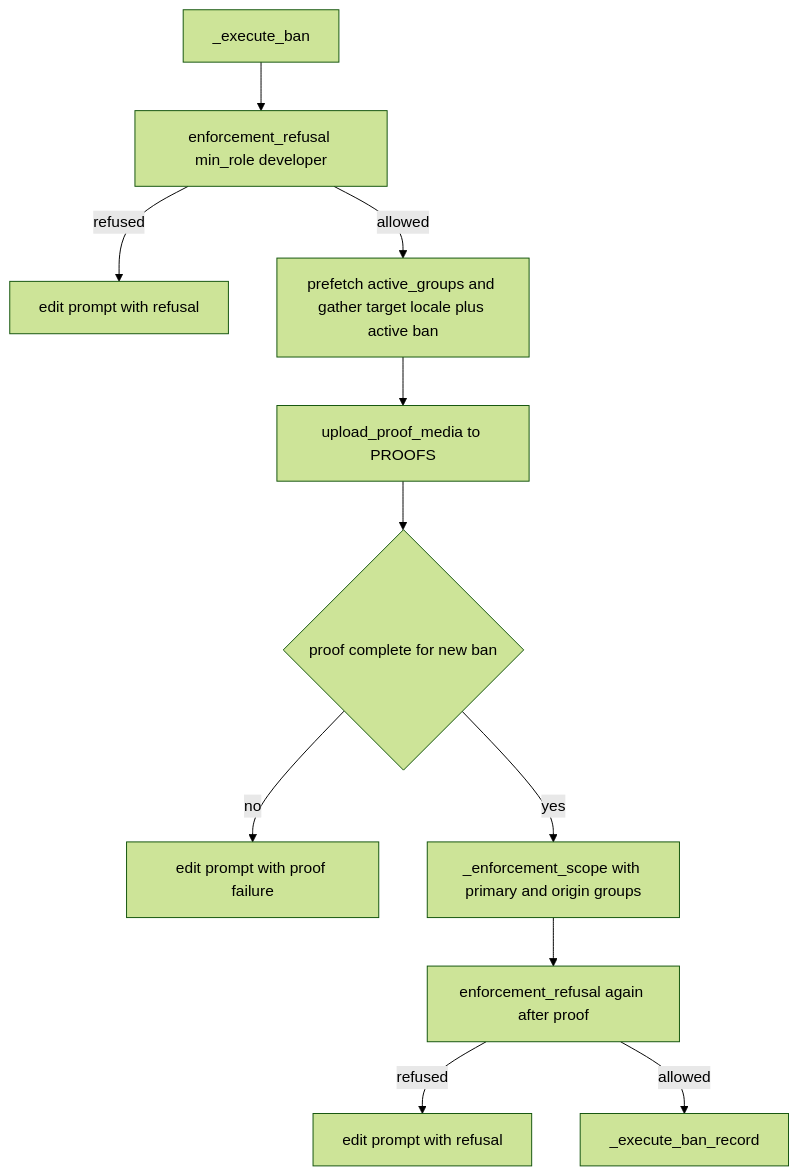
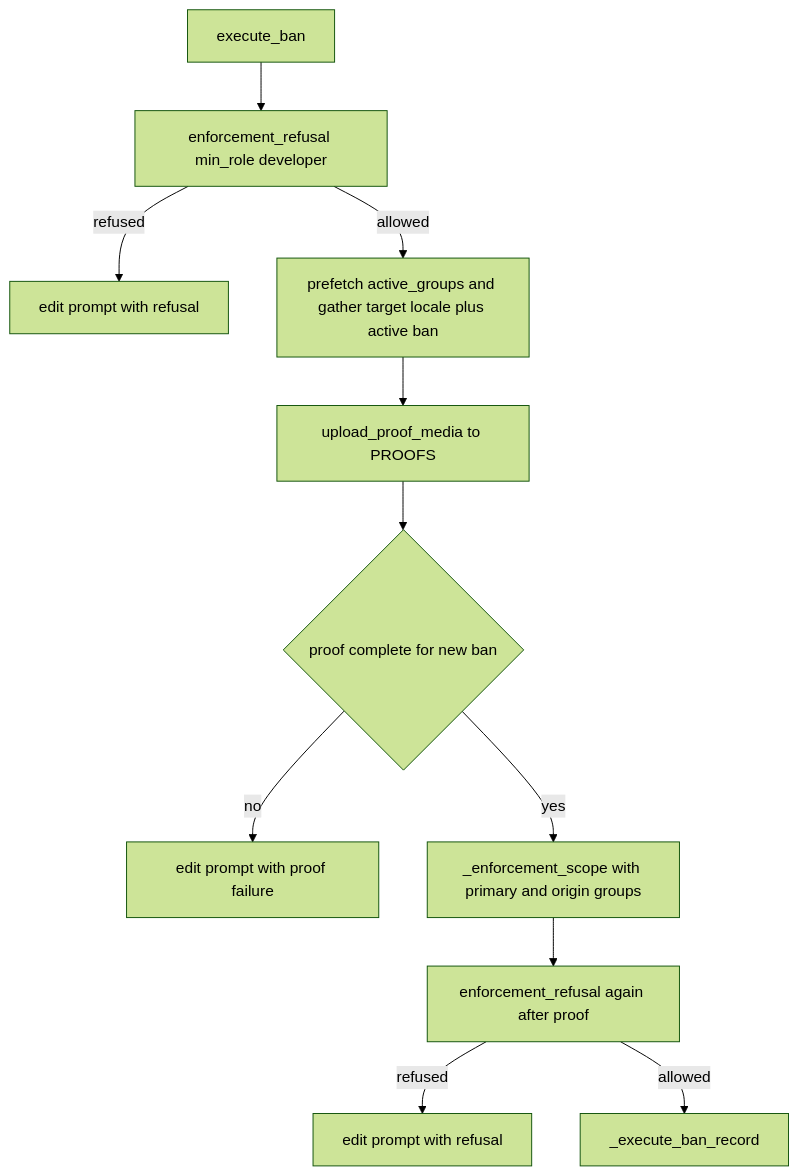
The fourth of 6 diagrams in docs/flows/banning.md (D1ZZY4/tcbot), drawn with Mermaid (forest theme) before and after one commit. The commit also changed other lines of this file and 24 other files, not shown here.

````diff
--- a/docs/flows/banning.md
+++ b/docs/flows/banning.md
@@ -151,13 +153,13 @@
 ```mermaid
 flowchart TD
-    EX[_execute_ban] --> G1[enforcement_refusal min_role developer]
+    EX[execute_ban] --> G1[enforcement_refusal min_role developer]
     G1 -->|refused| EDIT1[edit prompt with refusal]
     G1 -->|allowed| PRE[prefetch active_groups and gather target locale plus active ban]
     PRE --> UP[upload_proof_media to PROOFS]
     UP --> COMPLETE{proof complete for new ban}
     COMPLETE -->|no| FAIL[edit prompt with proof failure]
     COMPLETE -->|yes| SCOPE[_enforcement_scope with primary and origin groups]
     SCOPE --> G2[enforcement_refusal again after proof]
     G2 -->|refused| EDIT2[edit prompt with refusal]
     G2 -->|allowed| WRITE[_execute_ban_record]
 ```
````
